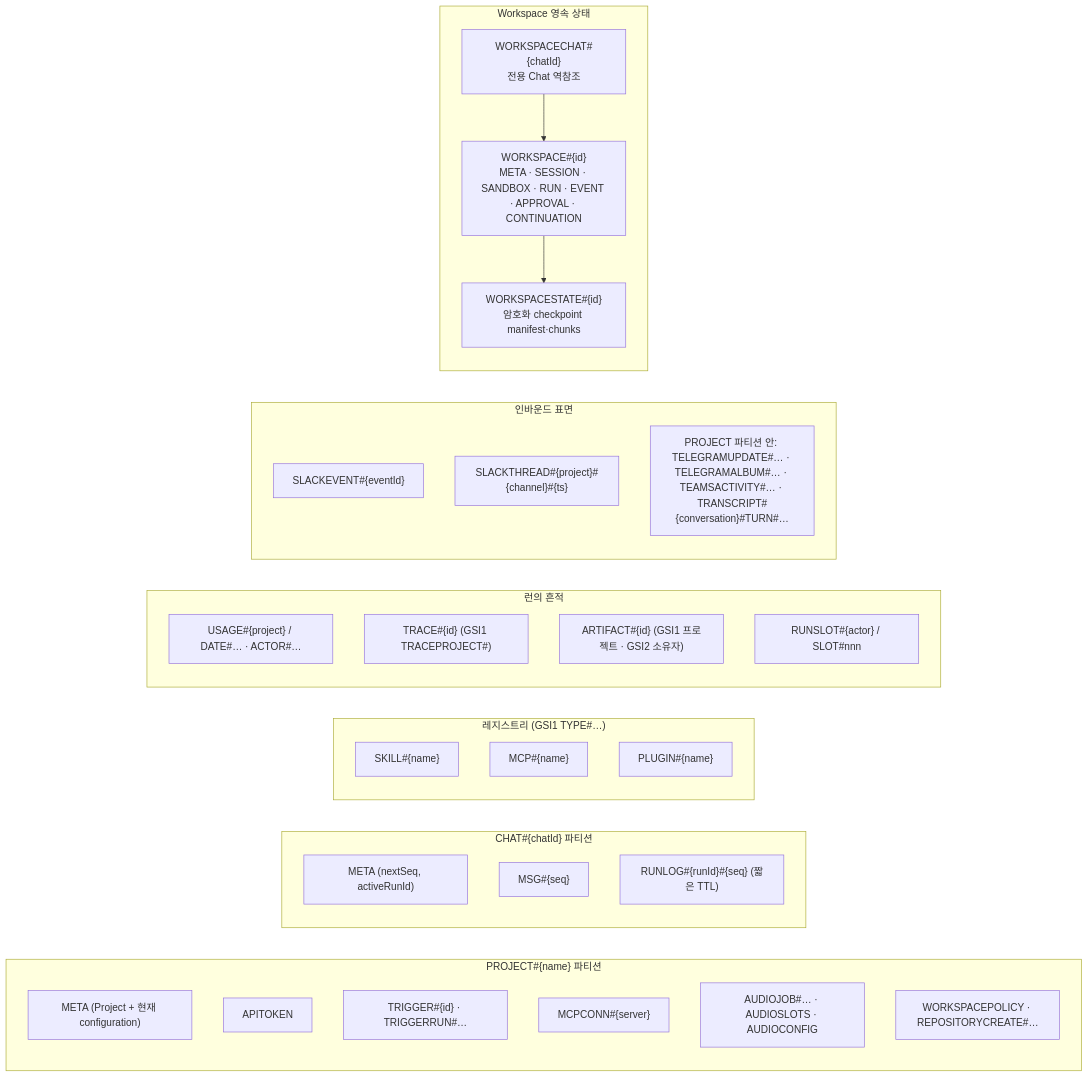
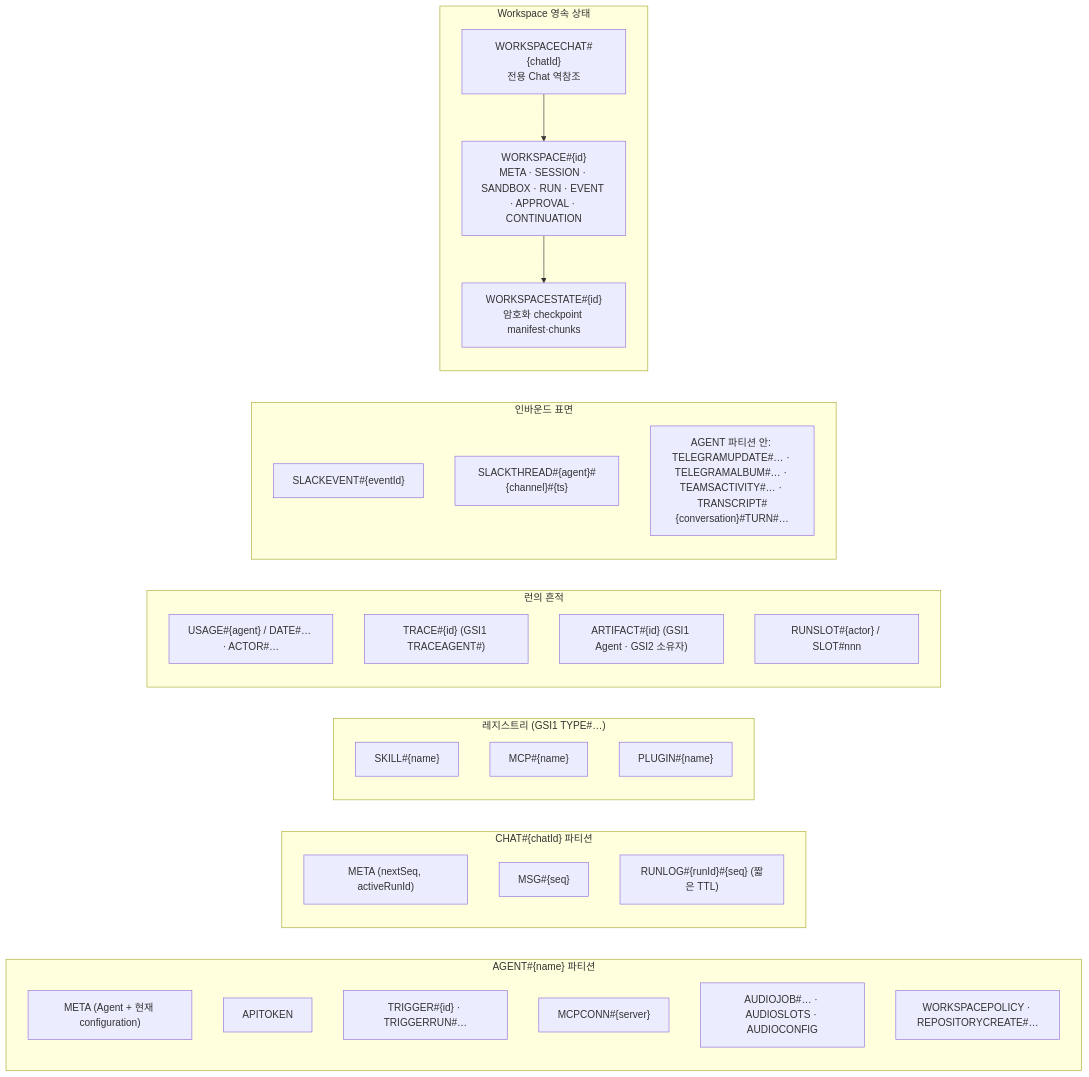
Before and after one commit to opspresso/agent-studio: the seventh of 9 diagrams in docs/DIAGRAMS.md, drawn with Mermaid. The commit also changed other lines of this file and 25 other files, not shown here.

````diff
--- a/docs/DIAGRAMS.md
+++ b/docs/DIAGRAMS.md
@@ -226,39 +226,39 @@
 ```mermaid
 flowchart LR
-  subgraph project["PROJECT#{name} 파티션"]
-    meta["META (Project + 현재 configuration)"]
+  subgraph agent["AGENT#{name} 파티션"]
+    meta["META (Agent + 현재 configuration)"]
     tok["APITOKEN"]
     trig["TRIGGER#{id} · TRIGGERRUN#…"]
     conn["MCPCONN#{server}"]
     jobs["AUDIOJOB#… · AUDIOSLOTS · AUDIOCONFIG"]
     policy["WORKSPACEPOLICY · REPOSITORYCREATE#…"]
   end
   subgraph chat["CHAT#{chatId} 파티션"]
     cmeta["META (nextSeq, activeRunId)"]
     msg["MSG#{seq}"]
     runlog["RUNLOG#{runId}#{seq} (짧은 TTL)"]
   end
   subgraph registry["레지스트리 (GSI1 TYPE#…)"]
     skill["SKILL#{name}"]
     mcp["MCP#{name}"]
     plugin["PLUGIN#{name}"]
   end
   subgraph runs["런의 흔적"]
-    usage["USAGE#{project} / DATE#… · ACTOR#…"]
-    trace["TRACE#{id} (GSI1 TRACEPROJECT#)"]
-    artifact["ARTIFACT#{id} (GSI1 프로젝트 · GSI2 소유자)"]
+    usage["USAGE#{agent} / DATE#… · ACTOR#…"]
+    trace["TRACE#{id} (GSI1 TRACEAGENT#)"]
+    artifact["ARTIFACT#{id} (GSI1 Agent · GSI2 소유자)"]
     slot["RUNSLOT#{actor} / SLOT#nnn"]
   end
   subgraph inbound["인바운드 표면"]
     sev["SLACKEVENT#{eventId}"]
-    sthread["SLACKTHREAD#{project}#{channel}#{ts}"]
-    transcript["PROJECT 파티션 안: TELEGRAMUPDATE#… · TELEGRAMALBUM#… · TEAMSACTIVITY#… · TRANSCRIPT#{conversation}#TURN#…"]
+    sthread["SLACKTHREAD#{agent}#{channel}#{ts}"]
+    transcript["AGENT 파티션 안: TELEGRAMUPDATE#… · TELEGRAMALBUM#… · TEAMSACTIVITY#… · TRANSCRIPT#{conversation}#TURN#…"]
   end
   subgraph workspace["Workspace 영속 상태"]
     ws["WORKSPACE#{id}<br/>META · SESSION · SANDBOX · RUN · EVENT · APPROVAL · CONTINUATION"]
     cp["WORKSPACESTATE#{id}<br/>암호화 checkpoint manifest·chunks"]
     mapping["WORKSPACECHAT#{chatId}<br/>전용 Chat 역참조"]
     ws --> cp
     mapping --> ws
   end
 ```
````
